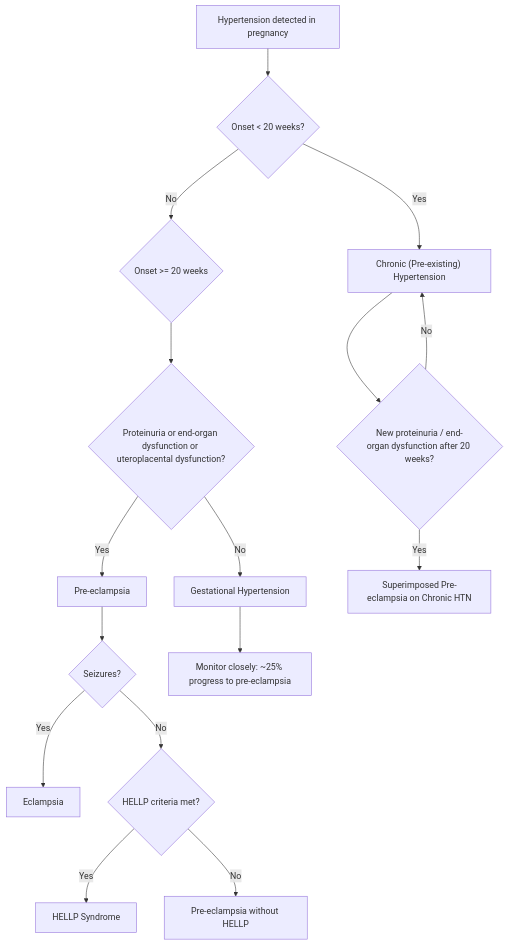
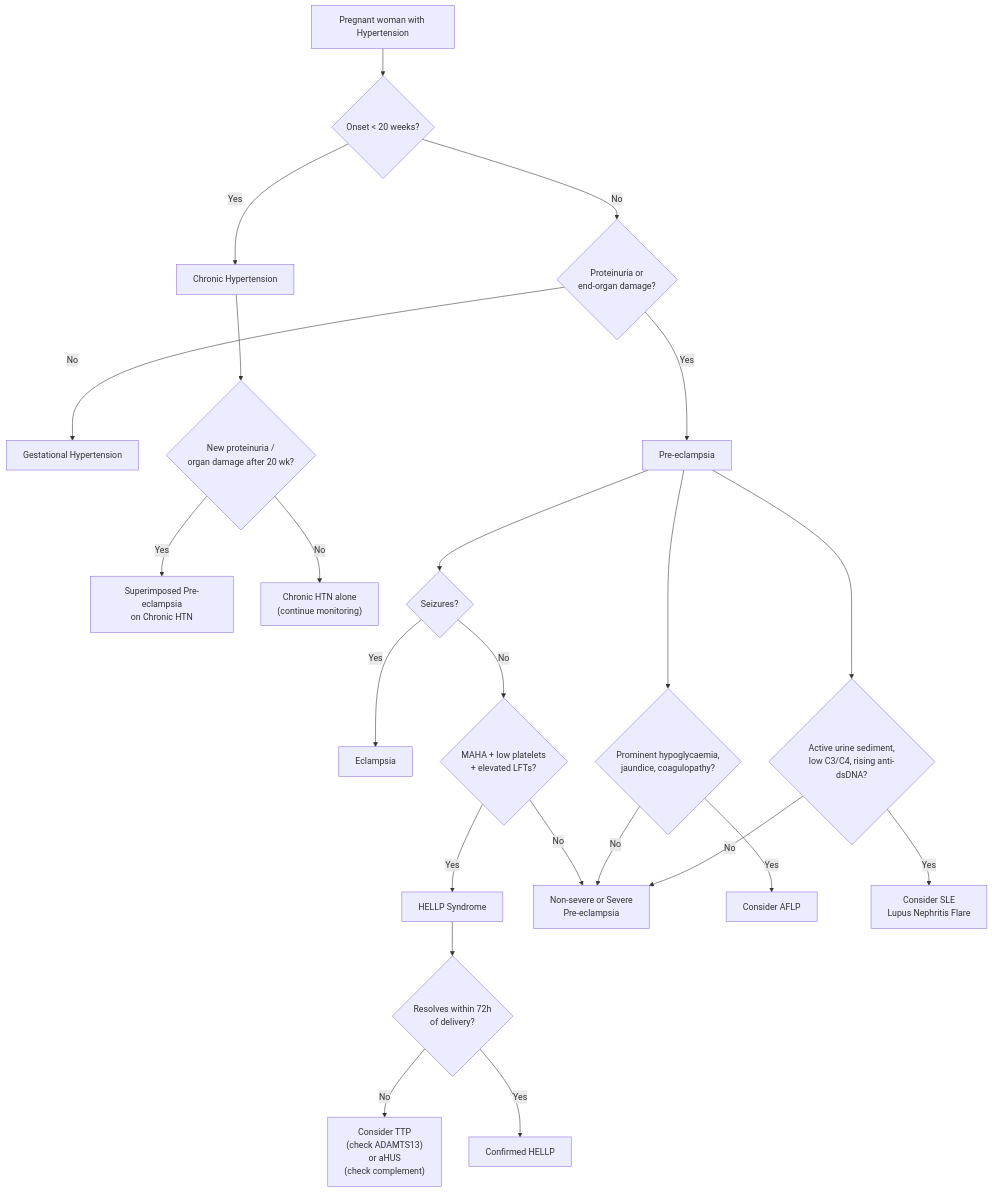
Before and after one commit to techjason/mbbspedia: the diagram in content/fragments/obstetrics-and-gynecology/pre-eclampsia/ddx.mdx, drawn with Mermaid. The commit also changed other lines of this file and 12 other files, not shown here.

````diff
--- a/content/fragments/obstetrics-and-gynecology/pre-eclampsia/ddx.mdx
+++ b/content/fragments/obstetrics-and-gynecology/pre-eclampsia/ddx.mdx
@@ -20,18 +139,25 @@
 ```mermaid
 flowchart TD
-    A["Hypertension detected in pregnancy"] --> B{"Onset < 20 weeks?"}
-    B -- Yes --> C["Chronic (Pre-existing) Hypertension"]
-    B -- No --> D{"Onset >= 20 weeks"}
-    D --> E{"Proteinuria or end-organ dysfunction or uteroplacental dysfunction?"}
-    E -- No --> F["Gestational Hypertension"]
-    E -- Yes --> G["Pre-eclampsia"]
-    C --> H{"New proteinuria / end-organ dysfunction after 20 weeks?"}
-    H -- Yes --> I["Superimposed Pre-eclampsia on Chronic HTN"]
-    H -- No --> C
-    G --> J{"Seizures?"}
+    A["Pregnant woman with Hypertension"] --> B{"Onset < 20 weeks?"}
+    B -- Yes --> C["Chronic Hypertension"]
+    B -- No --> D{"Proteinuria or\nend-organ damage?"}
+    D -- No --> E["Gestational Hypertension"]
+    D -- Yes --> F["Pre-eclampsia"]
+    C --> G{"New proteinuria /\norgan damage after 20 wk?"}
+    G -- Yes --> H["Superimposed Pre-eclampsia\non Chronic HTN"]
+    G -- No --> I["Chronic HTN alone\n(continue monitoring)"]
+    F --> J{"Seizures?"}
     J -- Yes --> K["Eclampsia"]
-    J -- No --> L{"HELLP criteria met?"}
+    J -- No --> L{"MAHA + low platelets\n+ elevated LFTs?"}
     L -- Yes --> M["HELLP Syndrome"]
-    L -- No --> N["Pre-eclampsia without HELLP"]
-    F --> O["Monitor closely: ~25% progress to pre-eclampsia"]
+    L -- No --> N["Non-severe or Severe\nPre-eclampsia"]
+    M --> O{"Resolves within 72h\nof delivery?"}
+    O -- No --> P["Consider TTP\n(check ADAMTS13)\nor aHUS\n(check complement)"]
+    O -- Yes --> Q["Confirmed HELLP"]
+    F --> R{"Prominent hypoglycaemia,\njaundice, coagulopathy?"}
+    R -- Yes --> S["Consider AFLP"]
+    R -- No --> N
+    F --> T{"Active urine sediment,\nlow C3/C4, rising anti-dsDNA?"}
+    T -- Yes --> U["Consider SLE\nLupus Nephritis Flare"]
+    T -- No --> N
 ```
````
